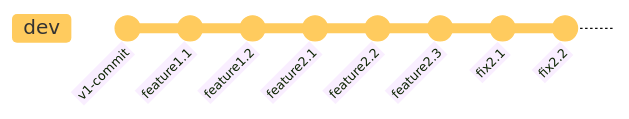
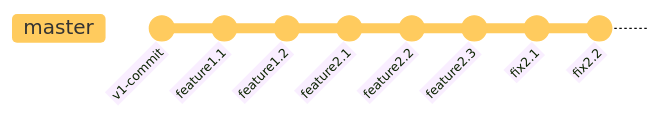
Before and after one commit to NOAA-OWP/DMOD: the fifth of 5 diagrams in doc/GIT_USAGE.md, drawn with Mermaid. The commit also changed other lines of this file, not shown here.

First line of the commit message:
Adjust names of branches in GIT_USAGE.md.

````diff
--- a/doc/GIT_USAGE.md
+++ b/doc/GIT_USAGE.md
@@ -114,12 +117,12 @@
 ```mermaid 
-    %%{init: { 'logLevel': 'debug', 'theme': 'base', 'gitGraph': { 'showBranches': true, 'showCommitLabel':true, 'mainBranchName': 'dev'}}}%%
+    %%{init: { 'logLevel': 'debug', 'theme': 'base', 'gitGraph': { 'showBranches': true, 'showCommitLabel':true, 'mainBranchName': 'master'}}}%%
     gitGraph
         commit id:"v1-commit"
         commit id:"feature1.1"
         commit id:"feature1.2"
         commit id:"feature2.1"
         commit id:"feature2.2"
         commit id:"feature2.3"
         commit id:"fix2.1"
         commit id:"fix2.2"
 ```
````
